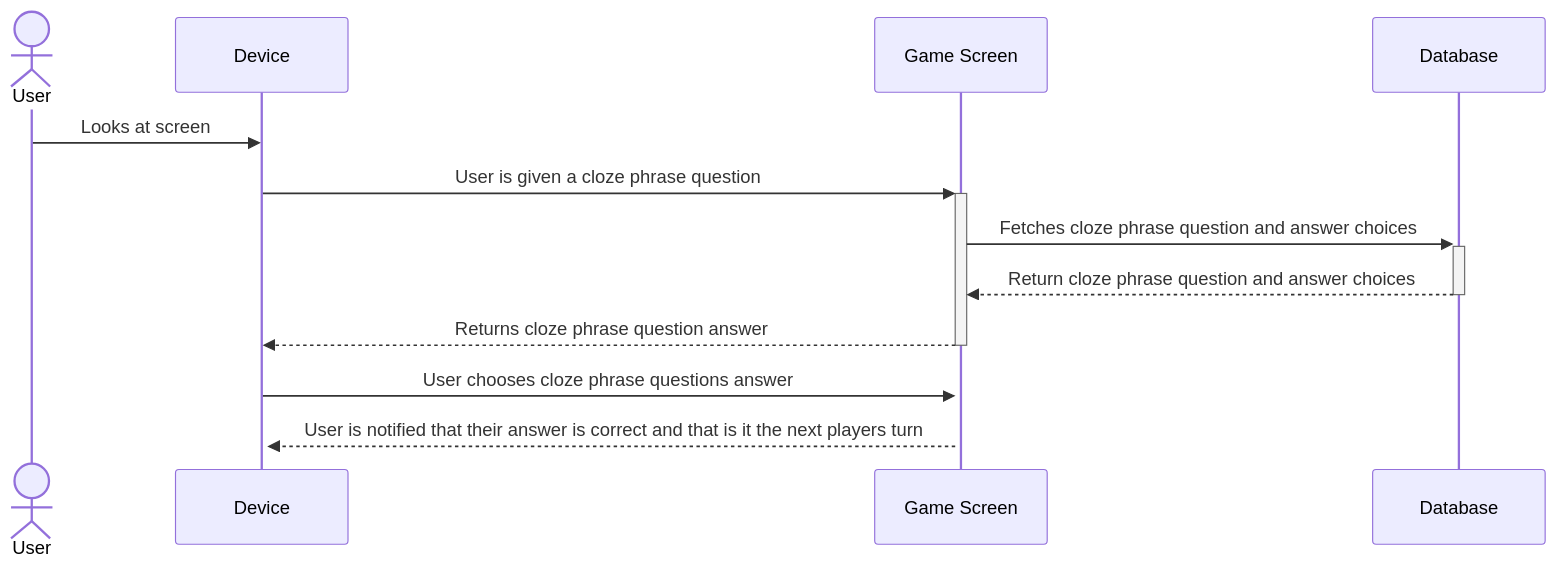
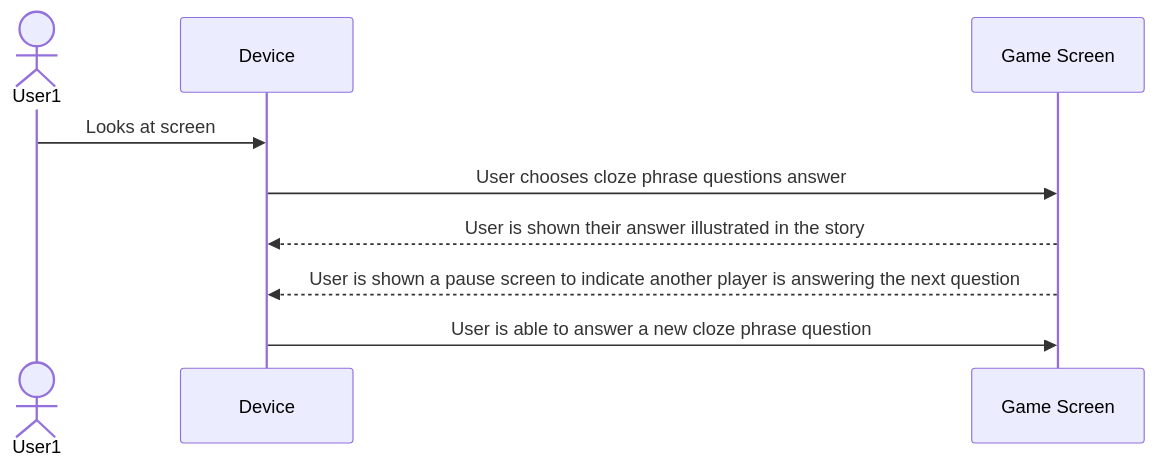
The eighth of 9 diagrams in documentation/docs/system-architecture/Design.md (henryschoemer/project-aac-game-team-b_bugfix_team6), drawn with Mermaid before and after one commit. The commit also changed other lines of this file and 1 other file, not shown here.

````diff
--- a/documentation/docs/system-architecture/Design.md
+++ b/documentation/docs/system-architecture/Design.md
@@ -402,19 +414,19 @@
 ```mermaid
+
 sequenceDiagram 
-    actor User
+    actor User1
     participant D as Device
     participant GR as Game Screen
-    participant Database
 
 
 
 
-    User ->> D: Looks at screen 
-    D ->>+ GR: User is given a cloze phrase question
-    GR ->>+ Database: Fetches cloze phrase question and answer choices
-    Database -->>- GR: Return cloze phrase question and answer choices
-    GR -->>- D: Returns cloze phrase question answer
+    User1 ->> D: Looks at screen
+    D ->> GR: User chooses cloze phrase questions answer 
+    GR -->> D: User is shown their answer illustrated in the story
 
-    D ->>+ GR: User chooses cloze phrase questions answer 
-    GR -->>+ D: User is notified that their answer is correct and that is it the next players turn    
+    GR -->> D: User is shown a pause screen to indicate another player is answering the next question
+
+    D ->> GR: User is able to answer a new cloze phrase question
+
 ```
````
